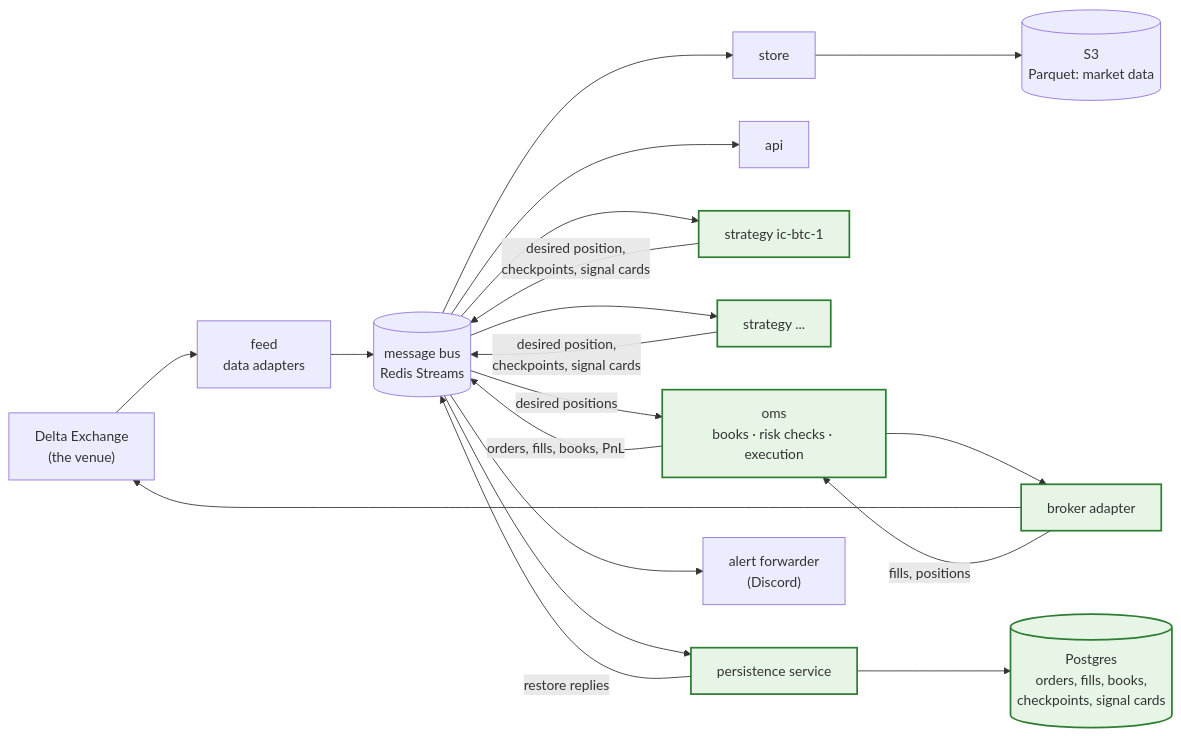
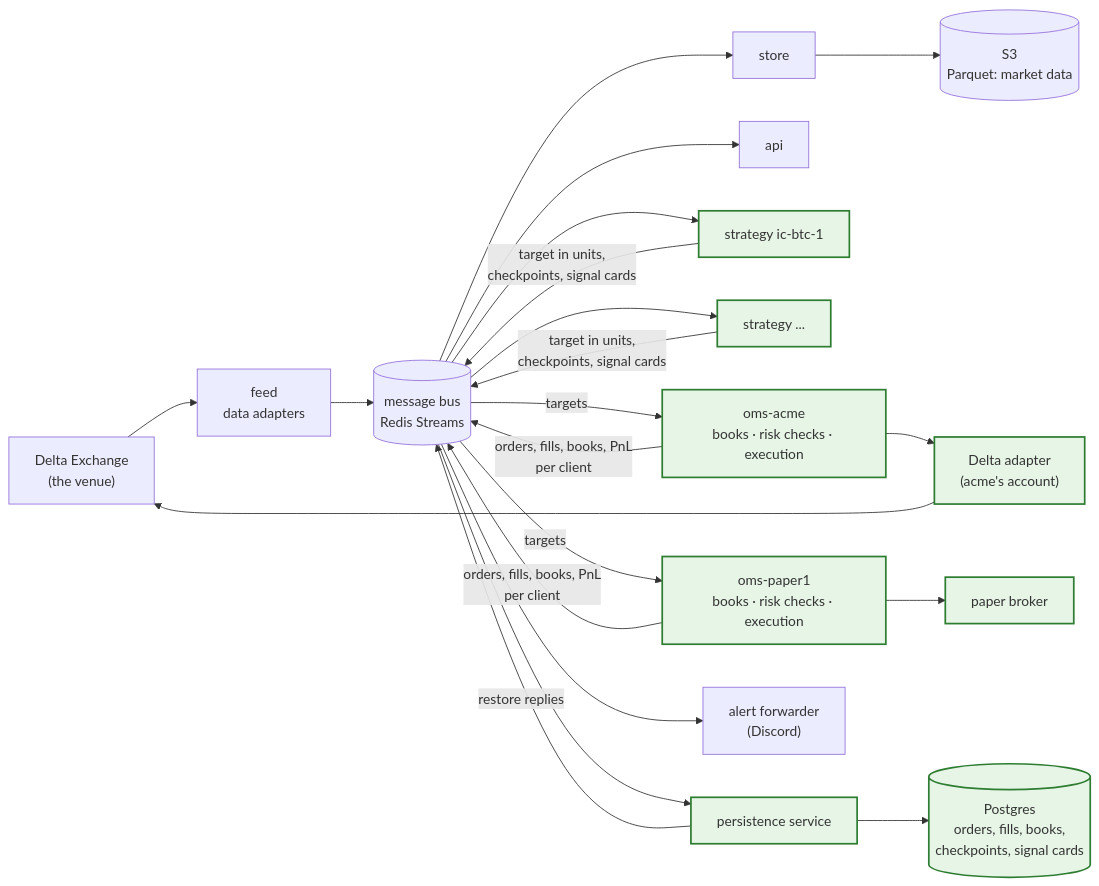
One commit to lalitkarthik/delta-exchange-payoff changed the diagram in docs/design/execution/00-overview.md. Above: the diagram before and after it, drawn with Mermaid. The commit also changed other lines of this file and 10 other files, not shown here.

Commit message:
The execution design becomes multi-client: one OMS per client, subscriptions in strategy units, per-client risk

````diff
--- a/docs/design/execution/00-overview.md
+++ b/docs/design/execution/00-overview.md
@@ -23,30 +23,32 @@
 ```mermaid
 flowchart LR
   V["Delta Exchange<br/>(the venue)"]
   F["feed<br/>data adapters"]
   BUS[("message bus<br/>Redis Streams")]
   ST["store"]
   S3[("S3<br/>Parquet: market data")]
   API["api"]
   S1["strategy ic-btc-1"]
   S2["strategy ..."]
-  OMS["oms<br/>books · risk checks · execution"]
-  BA["broker adapter"]
+  OA["oms-acme<br/>books · risk checks · execution"]
+  OB["oms-paper1<br/>books · risk checks · execution"]
+  BA["Delta adapter<br/>(acme's account)"]
+  PB["paper broker"]
   PS["persistence service"]
   PG[("Postgres<br/>orders, fills, books,<br/>checkpoints, signal cards")]
   DC["alert forwarder<br/>(Discord)"]
   V --> F --> BUS
   BUS --> ST --> S3
   BUS --> API
   BUS --> S1 & S2
-  S1 & S2 -- "desired position,<br/>checkpoints, signal cards" --> BUS
-  BUS -- "desired positions" --> OMS
-  OMS --> BA --> V
-  BA -- "fills, positions" --> OMS
-  OMS -- "orders, fills, books, PnL" --> BUS
+  S1 & S2 -- "target in units,<br/>checkpoints, signal cards" --> BUS
+  BUS -- "targets" --> OA & OB
+  OA --> BA --> V
+  OB --> PB
+  OA & OB -- "orders, fills, books, PnL<br/>per client" --> BUS
   BUS --> PS --> PG
   PS -- "restore replies" --> BUS
   BUS --> DC
   classDef new fill:#e6f5e6,stroke:#2e7d32,stroke-width:2px
-  class S1,S2,OMS,BA,PS,PG new
+  class S1,S2,OA,OB,BA,PB,PS,PG new
 ```
````
